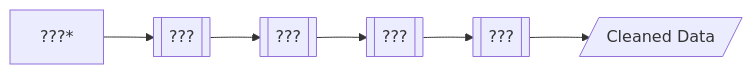
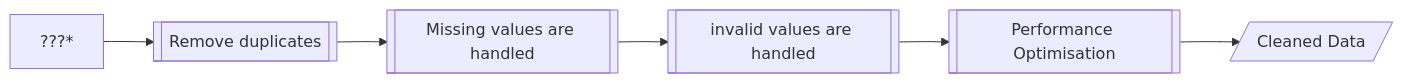
Before and after one commit to tungstennn/etl-example: the second of 4 diagrams in walkthough-activities/activity-2.md, drawn with Mermaid.

````diff
--- a/walkthough-activities/activity-2.md
+++ b/walkthough-activities/activity-2.md
@@ -32,9 +32,9 @@
 ```mermaid
 
 flowchart LR
-    A[???*] --> B1@{shape: subproc, label: "???"}
-    B1 --> B2@{shape: subproc, label: "???"}
-    B2 --> B3@{shape: subproc, label: "???"}
-    B3 --> B4@{shape: subproc, label: "???"}
+    A[???*] --> B1@{shape: subproc, label: "Remove duplicates"}
+    B1 --> B2@{shape: subproc, label: "Missing values are handled"}
+    B2 --> B3@{shape: subproc, label: "invalid values are handled"}
+    B3 --> B4@{shape: subproc, label: "Performance Optimisation"}
     B4 --> B5@{ shape: lean-r, label: "Cleaned Data" }
 ```
````
